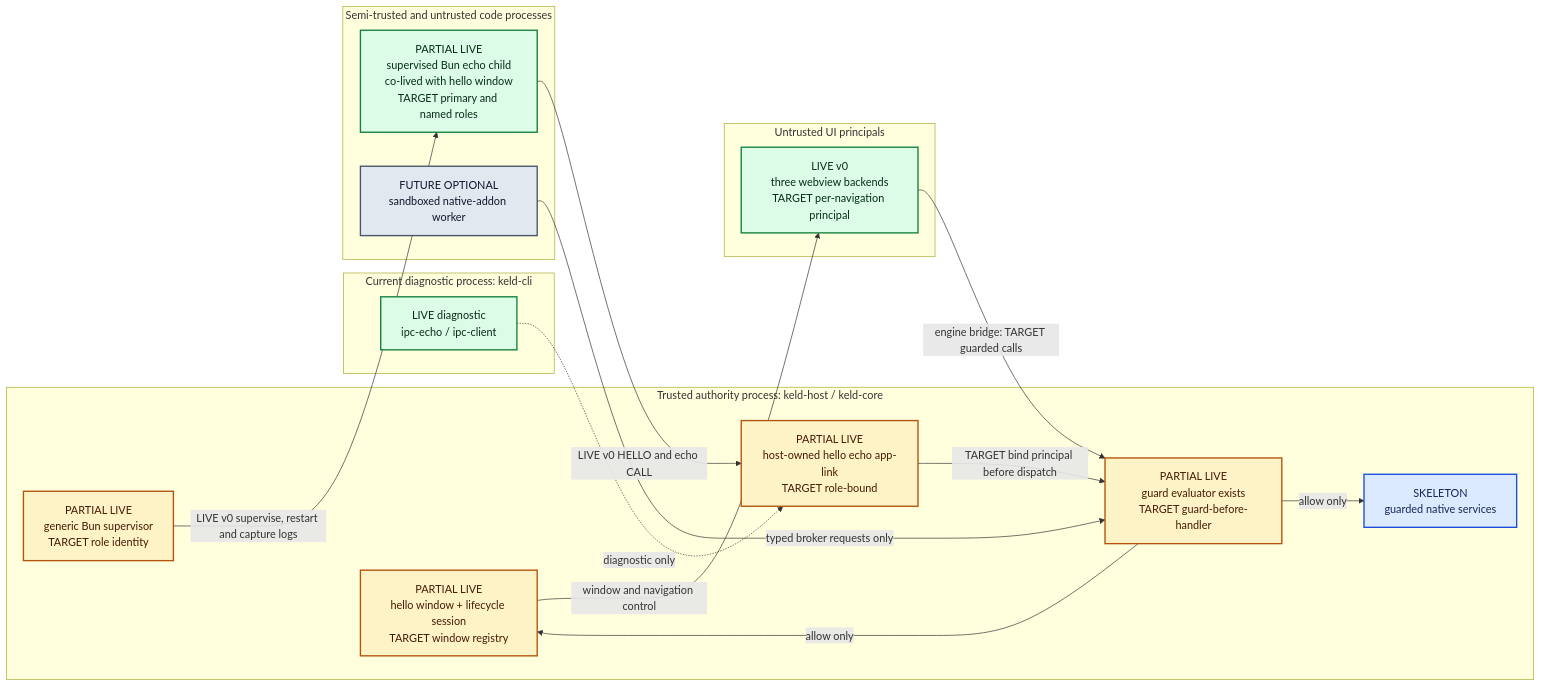
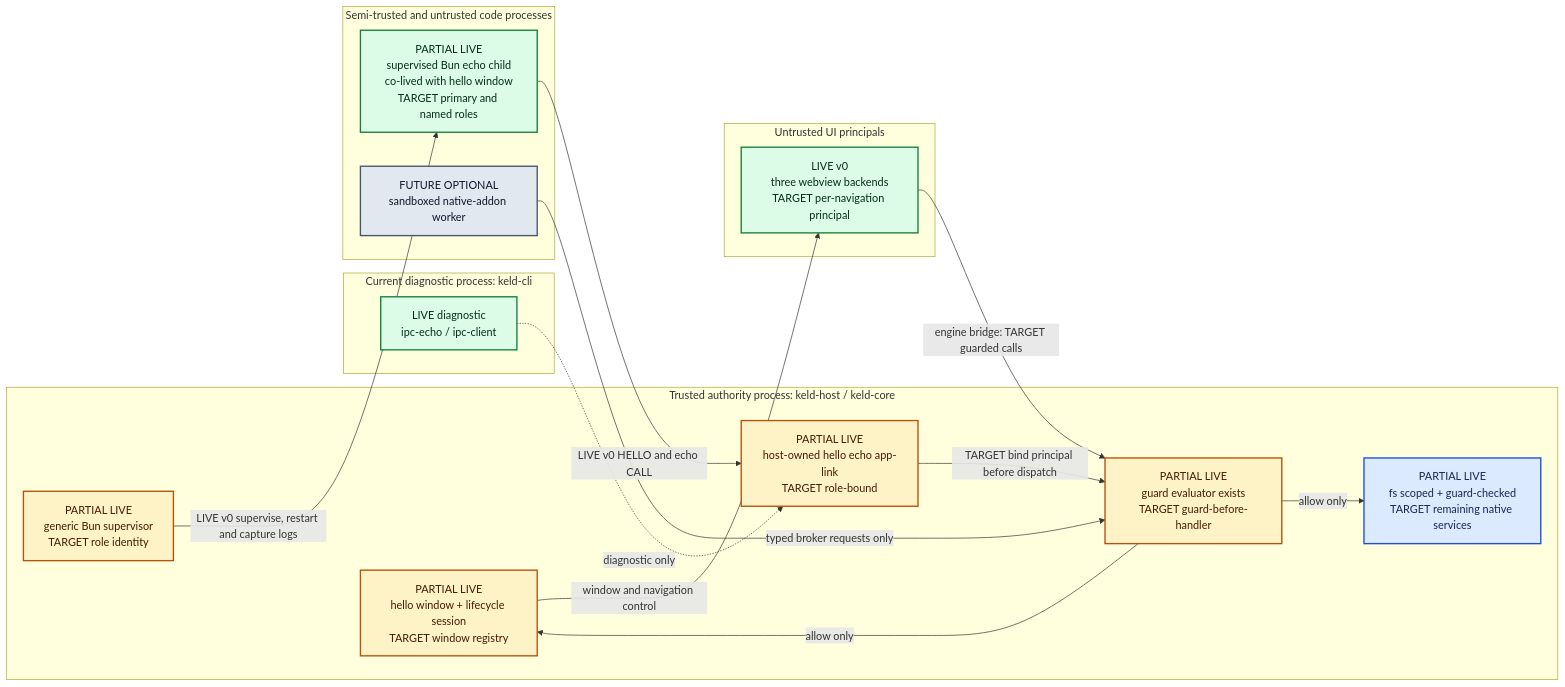
The diagram in docs/architecture/01-overview.md (gyldlab/keld), drawn with Mermaid before and after one commit. The commit also changed other lines of this file and 3 other files, not shown here.

````diff
--- a/docs/architecture/01-overview.md
+++ b/docs/architecture/01-overview.md
@@ -9,53 +9,54 @@
 ```mermaid
 flowchart LR
     accTitle: Keld process and trust topology
     accDescr {
       The trusted Rust host owns privileged resources and mediates webview and Bun-role
       requests. The live v0 slice has three webview backends, a guard evaluator, a
       host-owned token-authenticated echo link co-lived with the hello window (KEL-30),
-      and KEL-70's generic supervised Bun child restart loop. Full role-bound app-link
-      identity, guarded role dispatch, native services, and an optional sandboxed
-      native-addon worker remain destination behavior.
+      KEL-70's generic supervised Bun child restart loop, and guard-checked scoped
+      filesystem access (KEL-71). Full role-bound app-link identity, guarded role
+      dispatch, the remaining native services, and an optional sandboxed native-addon
+      worker remain destination behavior.
     }
 
     subgraph Host["Trusted authority process: keld-host / keld-core"]
         Core["PARTIAL LIVE<br/>hello window + lifecycle session<br/>TARGET window registry"]
         Link["PARTIAL LIVE<br/>host-owned hello echo app-link<br/>TARGET role-bound"]
         Guard["PARTIAL LIVE<br/>guard evaluator exists<br/>TARGET guard-before-handler"]
-        Native["SKELETON<br/>guarded native services"]
+        Native["PARTIAL LIVE<br/>fs scoped + guard-checked<br/>TARGET remaining native services"]
         Runtime["PARTIAL LIVE<br/>generic Bun supervisor<br/>TARGET role identity"]
     end
 
     subgraph Prototype["Current diagnostic process: keld-cli"]
         CliDiag["LIVE diagnostic<br/>ipc-echo / ipc-client"]
     end
 
     subgraph UI["Untrusted UI principals"]
         Webview["LIVE v0<br/>three webview backends<br/>TARGET per-navigation principal"]
     end
 
     subgraph JS["Semi-trusted and untrusted code processes"]
         App["PARTIAL LIVE<br/>supervised Bun echo child<br/>co-lived with hello window<br/>TARGET primary and named roles"]
         Addon["FUTURE OPTIONAL<br/>sandboxed native-addon worker"]
     end
 
     Runtime -->|LIVE v0 supervise, restart and capture logs| App
     App -->|LIVE v0 HELLO and echo CALL| Link
     CliDiag -.->|diagnostic only| Link
     Link -->|TARGET bind principal before dispatch| Guard
     Webview -->|engine bridge: TARGET guarded calls| Guard
     Addon -->|typed broker requests only| Guard
     Guard -->|allow only| Core
     Guard -->|allow only| Native
     Core -->|window and navigation control| Webview
 
     classDef current fill:#dcfce7,stroke:#15803d,color:#052e16,stroke-width:2px;
     classDef target fill:#dbeafe,stroke:#1d4ed8,color:#172554,stroke-width:2px;
     classDef gate fill:#fef3c7,stroke:#b45309,color:#451a03,stroke-width:2px;
     classDef external fill:#e2e8f0,stroke:#475569,color:#0f172a,stroke-width:2px;
 
     class Native target;
     class Core,Link,Runtime,Guard gate;
     class CliDiag,Webview,App current;
     class Addon external;
 ```
````
